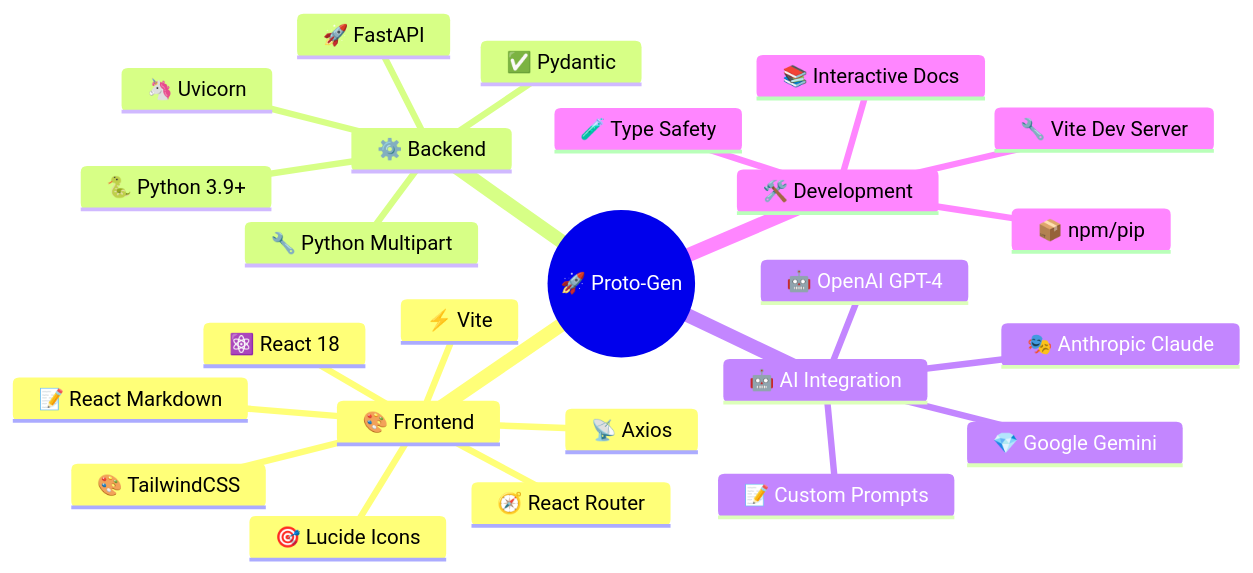
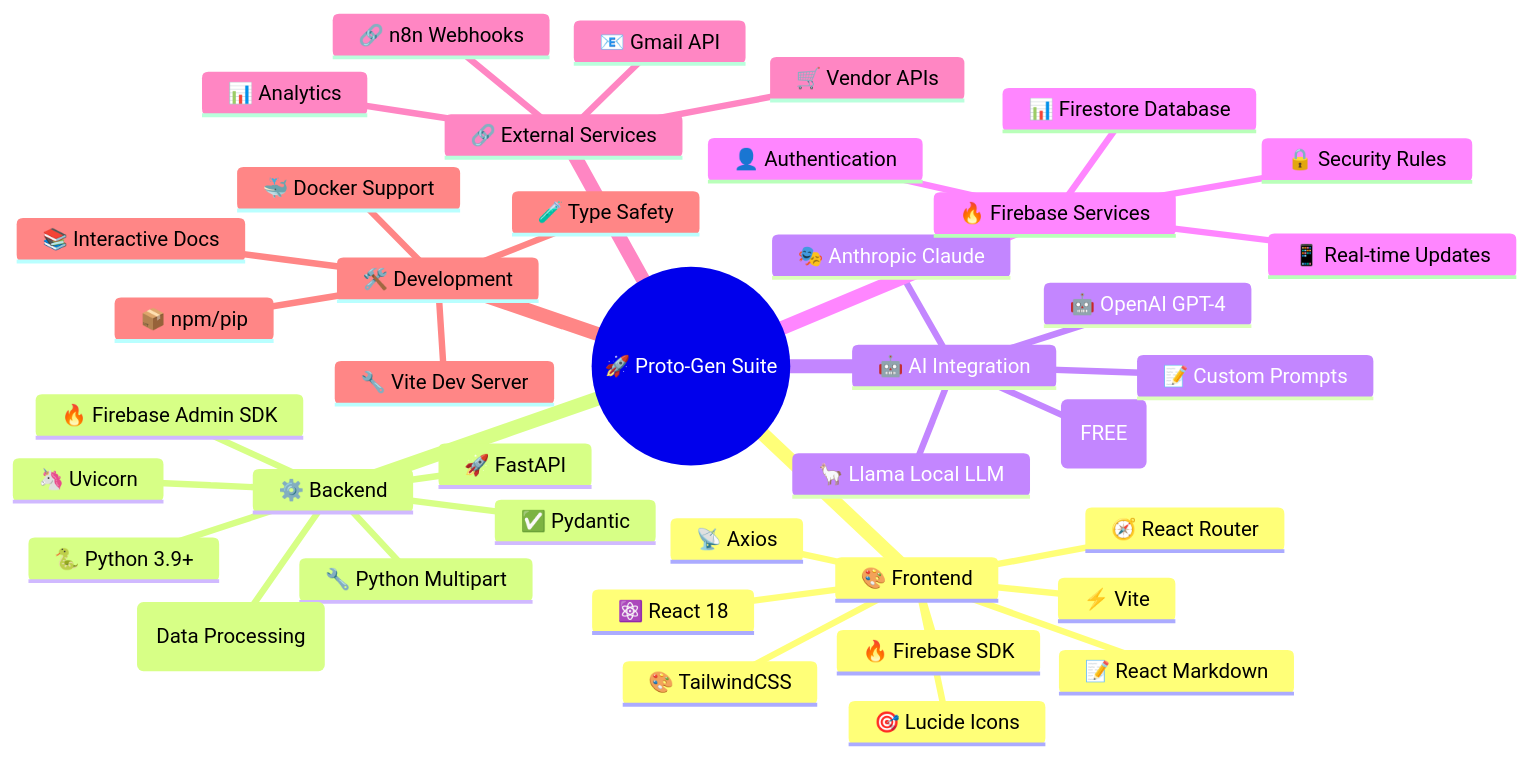
The third of 5 diagrams in README.md (AshwithoutCash/ProtoGen), drawn with Mermaid before and after one commit. The commit also changed other lines of this file and 43 other files, not shown here.

````diff
--- a/README.md
+++ b/README.md
@@ -194,28 +255,43 @@
 ```mermaid
 mindmap
-  root((🚀 Proto-Gen))
+  root((🚀 Proto-Gen Suite))
     🎨 Frontend
       ⚛️ React 18
       ⚡ Vite
       🎨 TailwindCSS
       🧭 React Router
       📡 Axios
       📝 React Markdown
       🎯 Lucide Icons
+      🔥 Firebase SDK
     ⚙️ Backend
       🚀 FastAPI
       🐍 Python 3.9+
       ✅ Pydantic
       🦄 Uvicorn
       🔧 Python Multipart
+      📊 Pandas (Data Processing)
+      🔥 Firebase Admin SDK
     🤖 AI Integration
+      💎 Google Gemini (FREE)
       🤖 OpenAI GPT-4
       🎭 Anthropic Claude
-      💎 Google Gemini
+      🦙 Llama Local LLM
       📝 Custom Prompts
+    🔥 Firebase Services
+      👤 Authentication
+      📊 Firestore Database
+      🔒 Security Rules
+      📱 Real-time Updates
+    🔗 External Services
+      📧 Gmail API
+      🔗 n8n Webhooks
+      🛒 Vendor APIs
+      📊 Analytics
     🛠️ Development
       📦 npm/pip
       🔧 Vite Dev Server
       📚 Interactive Docs
       🧪 Type Safety
+      🐳 Docker Support
 ```
````
